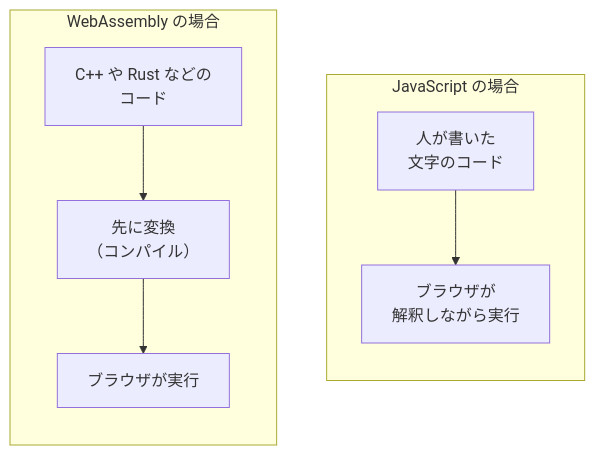
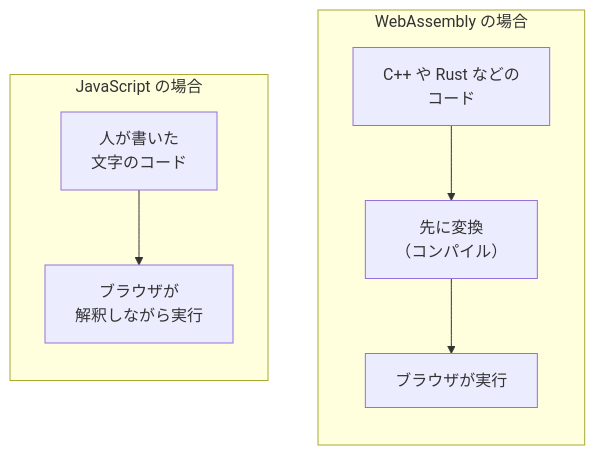
Before and after one commit to ozaki25/web-front-training-ozaki25: the first of 2 diagrams in docs/drafts/155/index.md, drawn with Mermaid. The commit also changed other lines of this file and 1 other file, not shown here.

Commit message:
drafts/155: レビュー指摘を修正（サンドボックスの記述精度・図の読み順・見出し・表参照）、tech-versions に WebAssembly を追記

````diff
--- a/docs/drafts/155/index.md
+++ b/docs/drafts/155/index.md
@@ -76,11 +76,11 @@
 ```mermaid
 flowchart TB
+  subgraph wasm["WebAssembly の場合"]
+    direction TB
+    b1["C++ や Rust などの<br>コード"] --> b2["先に変換<br>（コンパイル）"] --> b3["ブラウザが実行"]
+  end
   subgraph js["JavaScript の場合"]
     direction TB
     a1["人が書いた<br>文字のコード"] --> a2["ブラウザが<br>解釈しながら実行"]
   end
-  subgraph wasm["WebAssembly の場合"]
-    direction TB
-    b1["C++ や Rust などの<br>コード"] --> b2["先に変換<br>（コンパイル）"] --> b3["ブラウザが実行"]
-  end
 ```
````
